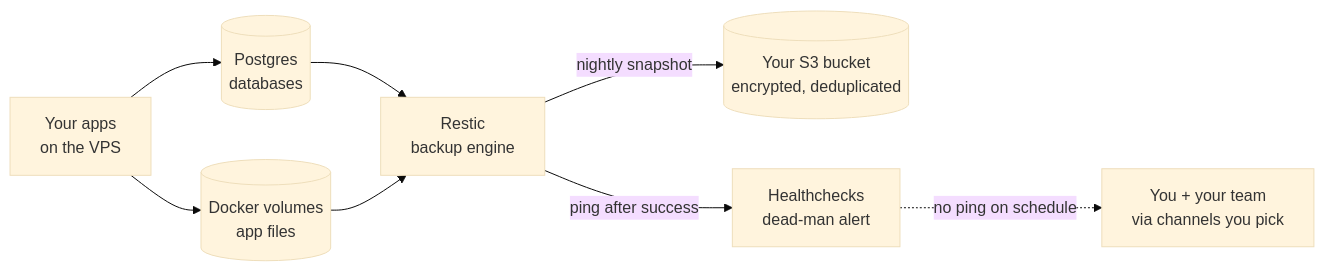
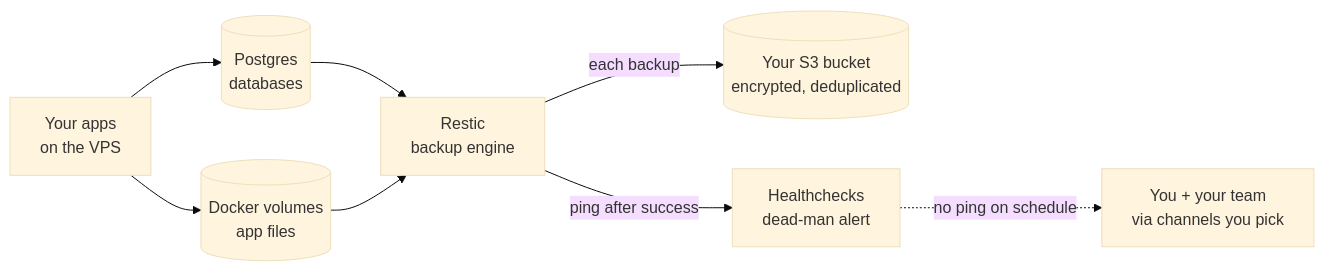
Before and after one commit to catenahq/docs: the second of 2 diagrams in src/content/docs/en/how-this-stack-works.md, drawn with Mermaid (base theme). The commit also changed other lines of this file and 43 other files, not shown here.

````diff
--- a/src/content/docs/en/how-this-stack-works.md
+++ b/src/content/docs/en/how-this-stack-works.md
@@ -70,18 +70,18 @@
 ```mermaid
 flowchart LR
     APPS[Your apps<br/>on the VPS]
     PG[(Postgres<br/>databases)]
     VOL[(Docker volumes<br/>app files)]
     RESTIC[Restic<br/>backup engine]
     S3[(Your S3 bucket<br/>encrypted, deduplicated)]
     HC[Healthchecks<br/>dead-man alert]
     YOU[You + your team<br/>via channels you pick]
 
     APPS --> PG
     APPS --> VOL
     PG --> RESTIC
     VOL --> RESTIC
-    RESTIC -->|nightly snapshot| S3
+    RESTIC -->|each backup| S3
     RESTIC -->|ping after success| HC
     HC -.->|no ping on schedule| YOU
 ```
````
